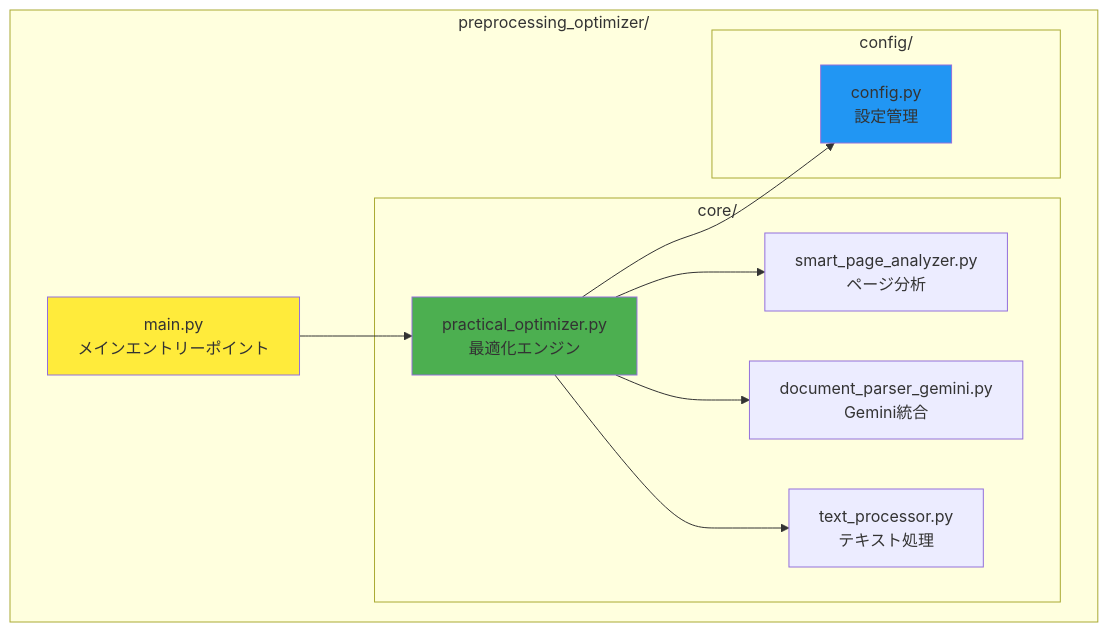
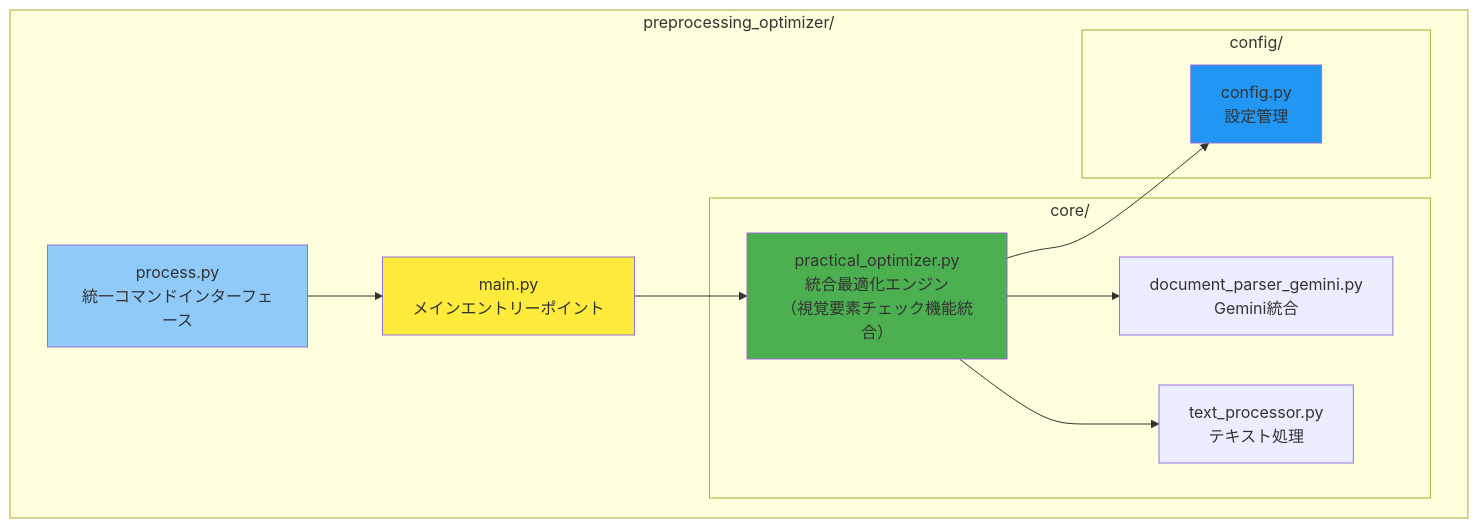
The second of 4 diagrams in TECHNICAL_DOCUMENTATION.md (uchi736/rag-preprocessing-optimizer), drawn with Mermaid before and after one commit. The commit also changed other lines of this file and 8 other files, not shown here.

````diff
--- a/TECHNICAL_DOCUMENTATION.md
+++ b/TECHNICAL_DOCUMENTATION.md
@@ -56,27 +56,28 @@
 ```mermaid
 graph TD
     subgraph "preprocessing_optimizer/"
         Main[main.py<br/>メインエントリーポイント]
+        Process[process.py<br/>統一コマンドインターフェース]
         
         subgraph "core/"
-            PO[practical_optimizer.py<br/>最適化エンジン]
+            PO[practical_optimizer.py<br/>統合最適化エンジン<br/>（視覚要素チェック機能統合）]
             DPG[document_parser_gemini.py<br/>Gemini統合]
-            SPA[smart_page_analyzer.py<br/>ページ分析]
             TP[text_processor.py<br/>テキスト処理]
         end
         
         subgraph "config/"
             Config[config.py<br/>設定管理]
         end
         
+        Process --> Main
         Main --> PO
-        PO --> SPA
         PO --> DPG
         PO --> TP
         PO --> Config
     end
     
     style Main fill:#ffeb3b
+    style Process fill:#90caf9
     style PO fill:#4caf50
     style Config fill:#2196f3
 ```
````
